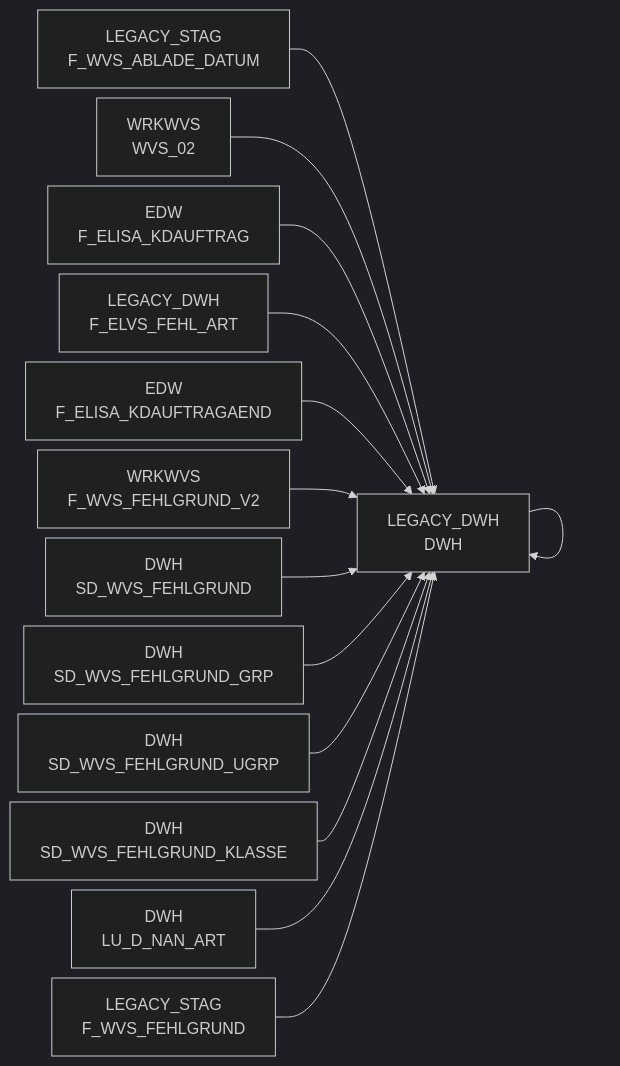
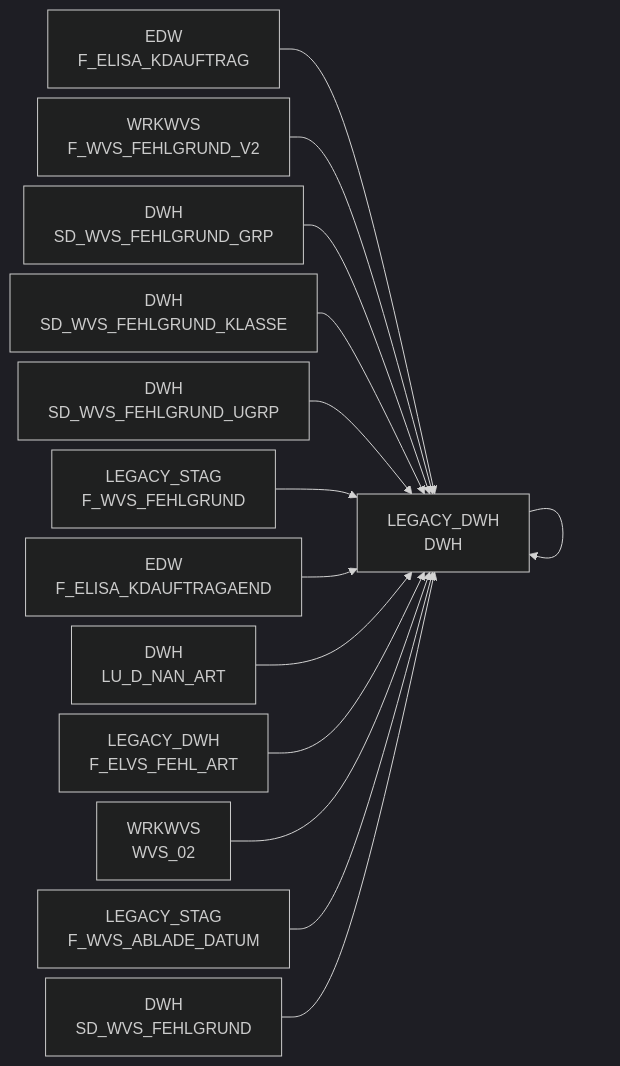
The diagram in docs/Tables/LEGACY_DWH/DWH.md (integration-factory-de/sas_code_docs), drawn with Mermaid (dark theme) before and after one commit. The commit also changed other lines of this file and 129 other files, not shown here.

````diff
--- a/docs/Tables/LEGACY_DWH/DWH.md
+++ b/docs/Tables/LEGACY_DWH/DWH.md
@@ -9,45 +9,45 @@
 ```mermaid
 %%{init: {'flowchart': { 'nodeSpacing': 10, 'rankSpacing': 40, 'rankdir': 'TB' }}}%%
 
 flowchart LR
 
+  EDW.F_ELISA_KDAUFTRAG["EDW<br/>F_ELISA_KDAUFTRAG"] --> LEGACY_DWH.DWH["LEGACY_DWH<br/>DWH"]
+  WRKWVS.F_WVS_FEHLGRUND_V2["WRKWVS<br/>F_WVS_FEHLGRUND_V2"] --> LEGACY_DWH.DWH["LEGACY_DWH<br/>DWH"]
+  DWH.SD_WVS_FEHLGRUND_GRP["DWH<br/>SD_WVS_FEHLGRUND_GRP"] --> LEGACY_DWH.DWH["LEGACY_DWH<br/>DWH"]
+  LEGACY_DWH.DWH["LEGACY_DWH<br/>DWH"] --> LEGACY_DWH.DWH["LEGACY_DWH<br/>DWH"]
+  DWH.SD_WVS_FEHLGRUND_KLASSE["DWH<br/>SD_WVS_FEHLGRUND_KLASSE"] --> LEGACY_DWH.DWH["LEGACY_DWH<br/>DWH"]
+  DWH.SD_WVS_FEHLGRUND_UGRP["DWH<br/>SD_WVS_FEHLGRUND_UGRP"] --> LEGACY_DWH.DWH["LEGACY_DWH<br/>DWH"]
+  LEGACY_STAG.F_WVS_FEHLGRUND["LEGACY_STAG<br/>F_WVS_FEHLGRUND"] --> LEGACY_DWH.DWH["LEGACY_DWH<br/>DWH"]
+  EDW.F_ELISA_KDAUFTRAGAEND["EDW<br/>F_ELISA_KDAUFTRAGAEND"] --> LEGACY_DWH.DWH["LEGACY_DWH<br/>DWH"]
+  DWH.LU_D_NAN_ART["DWH<br/>LU_D_NAN_ART"] --> LEGACY_DWH.DWH["LEGACY_DWH<br/>DWH"]
+  LEGACY_DWH.F_ELVS_FEHL_ART["LEGACY_DWH<br/>F_ELVS_FEHL_ART"] --> LEGACY_DWH.DWH["LEGACY_DWH<br/>DWH"]
+  WRKWVS.WVS_02["WRKWVS<br/>WVS_02"] --> LEGACY_DWH.DWH["LEGACY_DWH<br/>DWH"]
   LEGACY_STAG.F_WVS_ABLADE_DATUM["LEGACY_STAG<br/>F_WVS_ABLADE_DATUM"] --> LEGACY_DWH.DWH["LEGACY_DWH<br/>DWH"]
-  WRKWVS.WVS_02["WRKWVS<br/>WVS_02"] --> LEGACY_DWH.DWH["LEGACY_DWH<br/>DWH"]
-  EDW.F_ELISA_KDAUFTRAG["EDW<br/>F_ELISA_KDAUFTRAG"] --> LEGACY_DWH.DWH["LEGACY_DWH<br/>DWH"]
-  LEGACY_DWH.F_ELVS_FEHL_ART["LEGACY_DWH<br/>F_ELVS_FEHL_ART"] --> LEGACY_DWH.DWH["LEGACY_DWH<br/>DWH"]
-  EDW.F_ELISA_KDAUFTRAGAEND["EDW<br/>F_ELISA_KDAUFTRAGAEND"] --> LEGACY_DWH.DWH["LEGACY_DWH<br/>DWH"]
-  WRKWVS.F_WVS_FEHLGRUND_V2["WRKWVS<br/>F_WVS_FEHLGRUND_V2"] --> LEGACY_DWH.DWH["LEGACY_DWH<br/>DWH"]
   DWH.SD_WVS_FEHLGRUND["DWH<br/>SD_WVS_FEHLGRUND"] --> LEGACY_DWH.DWH["LEGACY_DWH<br/>DWH"]
-  DWH.SD_WVS_FEHLGRUND_GRP["DWH<br/>SD_WVS_FEHLGRUND_GRP"] --> LEGACY_DWH.DWH["LEGACY_DWH<br/>DWH"]
-  DWH.SD_WVS_FEHLGRUND_UGRP["DWH<br/>SD_WVS_FEHLGRUND_UGRP"] --> LEGACY_DWH.DWH["LEGACY_DWH<br/>DWH"]
-  DWH.SD_WVS_FEHLGRUND_KLASSE["DWH<br/>SD_WVS_FEHLGRUND_KLASSE"] --> LEGACY_DWH.DWH["LEGACY_DWH<br/>DWH"]
-  DWH.LU_D_NAN_ART["DWH<br/>LU_D_NAN_ART"] --> LEGACY_DWH.DWH["LEGACY_DWH<br/>DWH"]
-  LEGACY_STAG.F_WVS_FEHLGRUND["LEGACY_STAG<br/>F_WVS_FEHLGRUND"] --> LEGACY_DWH.DWH["LEGACY_DWH<br/>DWH"]
-  LEGACY_DWH.DWH["LEGACY_DWH<br/>DWH"] --> LEGACY_DWH.DWH["LEGACY_DWH<br/>DWH"]
+  click EDW.F_ELISA_KDAUFTRAG "../../tables/EDW/F_ELISA_KDAUFTRAG"
+  click WRKWVS.F_WVS_FEHLGRUND_V2 "../../tables/WRKWVS/F_WVS_FEHLGRUND_V2"
+  click DWH.SD_WVS_FEHLGRUND_GRP "../../tables/DWH/SD_WVS_FEHLGRUND_GRP"
+  click LEGACY_DWH.DWH "../../tables/LEGACY_DWH/DWH"
+  click DWH.SD_WVS_FEHLGRUND_KLASSE "../../tables/DWH/SD_WVS_FEHLGRUND_KLASSE"
+  click DWH.SD_WVS_FEHLGRUND_UGRP "../../tables/DWH/SD_WVS_FEHLGRUND_UGRP"
+  click LEGACY_STAG.F_WVS_FEHLGRUND "../../tables/LEGACY_STAG/F_WVS_FEHLGRUND"
+  click EDW.F_ELISA_KDAUFTRAGAEND "../../tables/EDW/F_ELISA_KDAUFTRAGAEND"
+  click DWH.LU_D_NAN_ART "../../tables/DWH/LU_D_NAN_ART"
+  click LEGACY_DWH.F_ELVS_FEHL_ART "../../tables/LEGACY_DWH/F_ELVS_FEHL_ART"
+  click WRKWVS.WVS_02 "../../tables/WRKWVS/WVS_02"
   click LEGACY_STAG.F_WVS_ABLADE_DATUM "../../tables/LEGACY_STAG/F_WVS_ABLADE_DATUM"
-  click WRKWVS.WVS_02 "../../tables/WRKWVS/WVS_02"
-  click EDW.F_ELISA_KDAUFTRAG "../../tables/EDW/F_ELISA_KDAUFTRAG"
-  click LEGACY_DWH.F_ELVS_FEHL_ART "../../tables/LEGACY_DWH/F_ELVS_FEHL_ART"
-  click EDW.F_ELISA_KDAUFTRAGAEND "../../tables/EDW/F_ELISA_KDAUFTRAGAEND"
-  click WRKWVS.F_WVS_FEHLGRUND_V2 "../../tables/WRKWVS/F_WVS_FEHLGRUND_V2"
   click DWH.SD_WVS_FEHLGRUND "../../tables/DWH/SD_WVS_FEHLGRUND"
-  click DWH.SD_WVS_FEHLGRUND_GRP "../../tables/DWH/SD_WVS_FEHLGRUND_GRP"
-  click DWH.SD_WVS_FEHLGRUND_UGRP "../../tables/DWH/SD_WVS_FEHLGRUND_UGRP"
-  click DWH.SD_WVS_FEHLGRUND_KLASSE "../../tables/DWH/SD_WVS_FEHLGRUND_KLASSE"
-  click DWH.LU_D_NAN_ART "../../tables/DWH/LU_D_NAN_ART"
-  click LEGACY_STAG.F_WVS_FEHLGRUND "../../tables/LEGACY_STAG/F_WVS_FEHLGRUND"
-  click LEGACY_DWH.DWH "../../tables/LEGACY_DWH/DWH"
   click LEGACY_DWH.DWH "../../tables/LEGACY_DWH/DWH"
   click LEGACY_DWH.DWH "../../tables/LEGACY_DWH/DWH"
   click LEGACY_DWH.DWH "../../tables/LEGACY_DWH/DWH"
   click LEGACY_DWH.DWH "../../tables/LEGACY_DWH/DWH"
   click LEGACY_DWH.DWH "../../tables/LEGACY_DWH/DWH"
   click LEGACY_DWH.DWH "../../tables/LEGACY_DWH/DWH"
   click LEGACY_DWH.DWH "../../tables/LEGACY_DWH/DWH"
   click LEGACY_DWH.DWH "../../tables/LEGACY_DWH/DWH"
   click LEGACY_DWH.DWH "../../tables/LEGACY_DWH/DWH"
   click LEGACY_DWH.DWH "../../tables/LEGACY_DWH/DWH"
   click LEGACY_DWH.DWH "../../tables/LEGACY_DWH/DWH"
   click LEGACY_DWH.DWH "../../tables/LEGACY_DWH/DWH"
   click LEGACY_DWH.DWH "../../tables/LEGACY_DWH/DWH"
 ```
````
